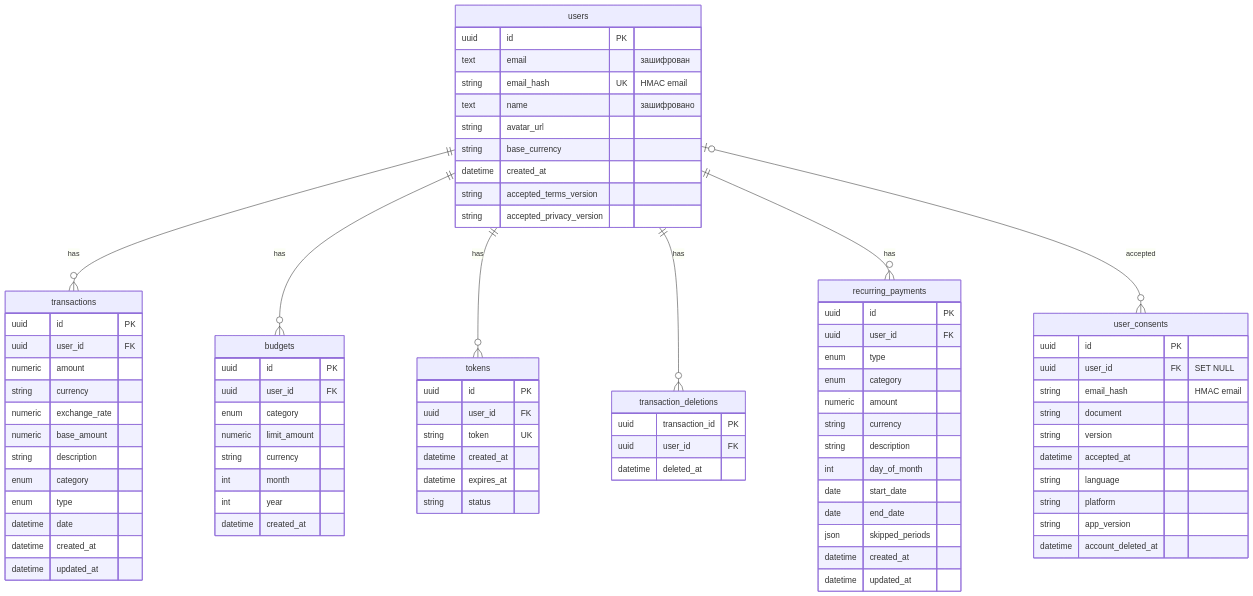
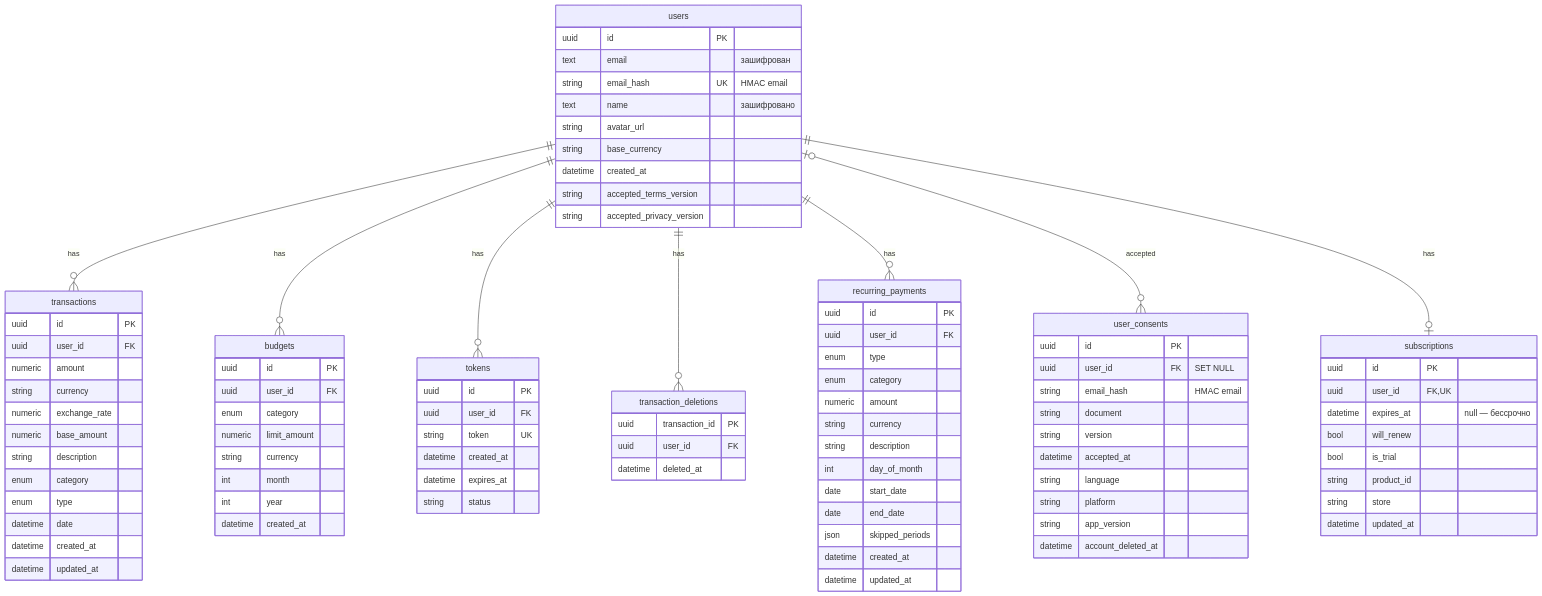
One commit to jbronxxx/getbalanceai_api changed the second of 2 diagrams in ARCHITECTURE.md. Above: the diagram before and after it, drawn with Mermaid. The commit also changed other lines of this file and 40 other files, not shown here.

````diff
--- a/ARCHITECTURE.md
+++ b/ARCHITECTURE.md
@@ -59,6 +59,7 @@
     users ||--o{ transaction_deletions : "has"
     users ||--o{ recurring_payments : "has"
     users |o--o{ user_consents : "accepted"
+    users ||--o| subscriptions : "has"
 
     users {
         uuid id PK
@@ -141,4 +142,15 @@
         datetime created_at
         datetime updated_at
     }
+
+    subscriptions {
+        uuid id PK
+        uuid user_id FK,UK
+        datetime expires_at "null — бессрочно"
+        bool will_renew
+        bool is_trial
+        string product_id
+        string store
+        datetime updated_at
+    }
 ```
````
